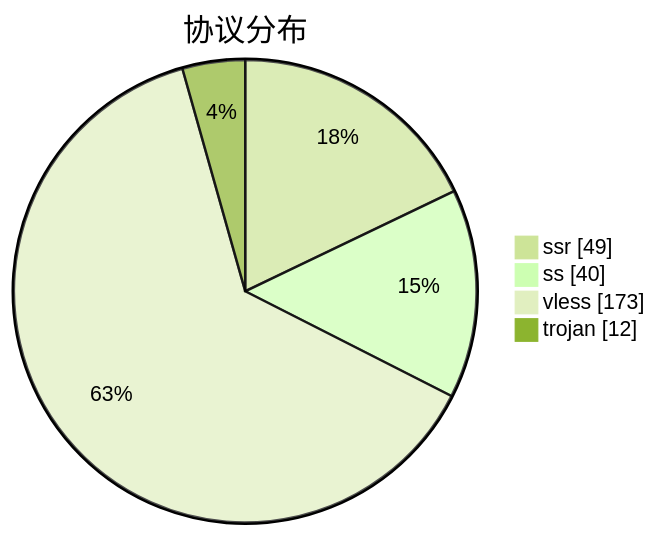
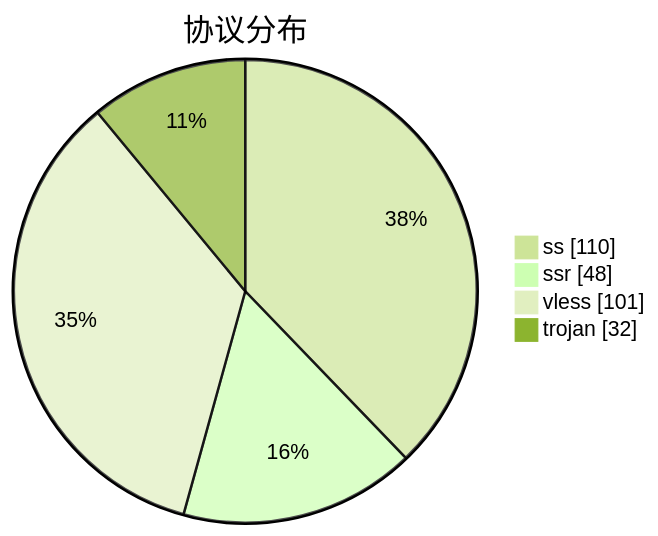
Before and after one commit to qjlxg/airport: the third of 3 diagrams in subs/statistics/tested_within.md, drawn with Mermaid (forest theme). The commit also changed other lines of this file and 2 other files, not shown here.

````diff
--- a/subs/statistics/tested_within.md
+++ b/subs/statistics/tested_within.md
@@ -18,8 +18,8 @@
 ```mermaid
 pie showData
 title 协议分布
-"ssr" : 49
-"ss" : 40
-"vless" : 173
-"trojan" : 12
+"ss" : 110
+"ssr" : 48
+"vless" : 101
+"trojan" : 32
 ```
````
